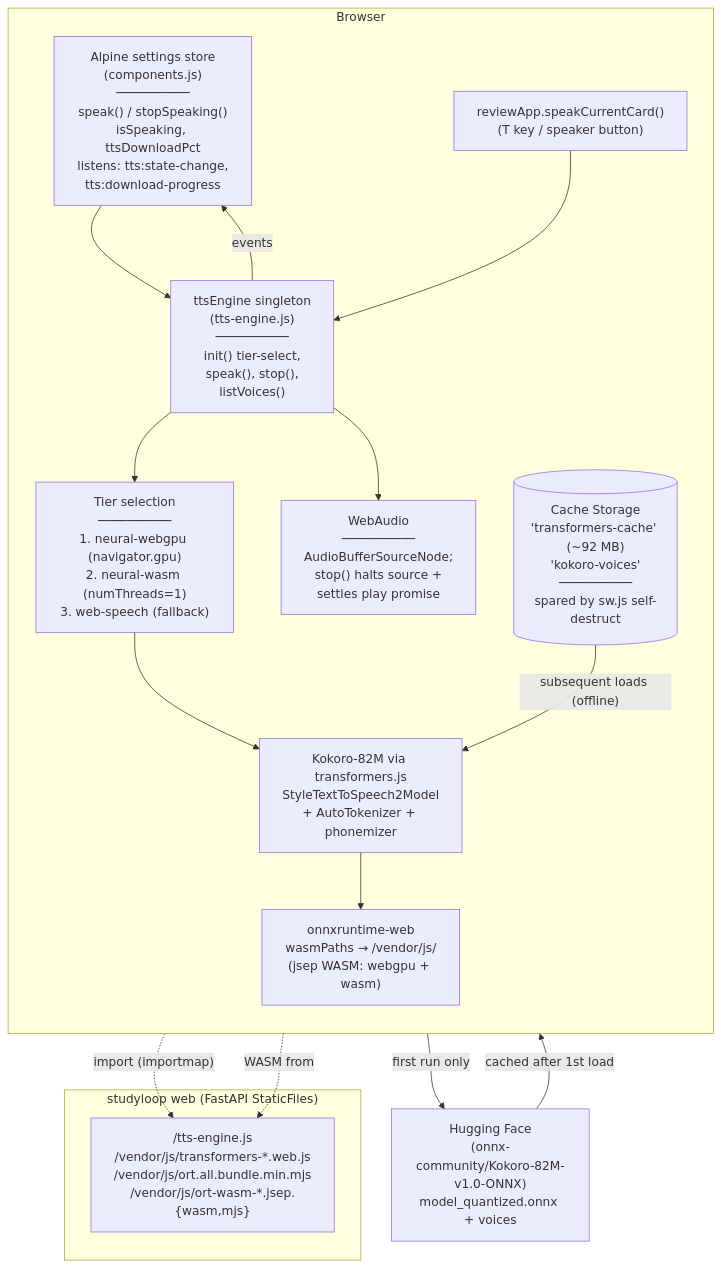
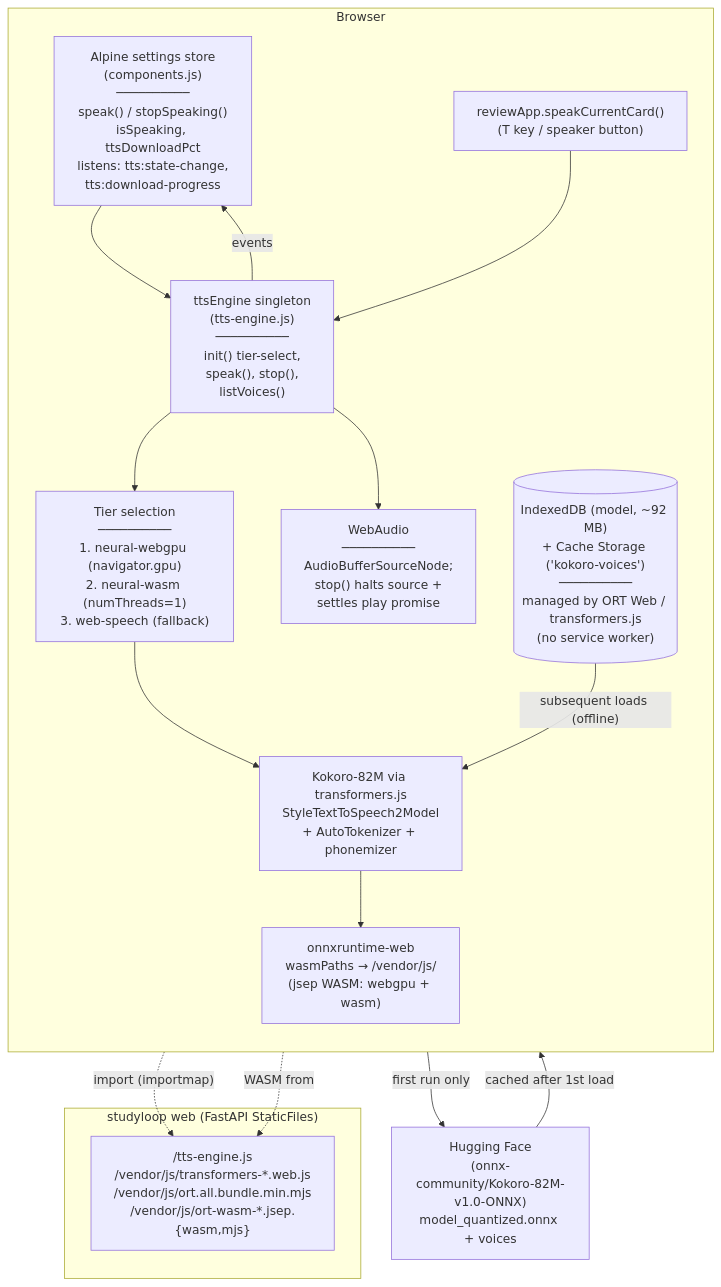
One commit to NetDevAutomate/StudyLoop changed diagram 11 of 13 in docs/architecture/current.md. Above: the diagram before and after it, drawn with Mermaid. The commit also changed other lines of this file and 5 other files, not shown here.

First line of the commit message:
chore(web): remove dead PWA service worker (sw.js)

````diff
--- a/docs/architecture/current.md
+++ b/docs/architecture/current.md
@@ -699,33 +699,33 @@
 ```mermaid
 flowchart TB
     subgraph Browser["Browser"]
       direction TB
       Settings["Alpine settings store<br/>(components.js)<br/>──────────<br/>speak() / stopSpeaking()<br/>isSpeaking, ttsDownloadPct<br/>listens: tts:state-change,<br/>tts:download-progress"]
       Review["reviewApp.speakCurrentCard()<br/>(T key / speaker button)"]
       Engine["ttsEngine singleton<br/>(tts-engine.js)<br/>──────────<br/>init() tier-select,<br/>speak(), stop(),<br/>listVoices()"]
       Tiers["Tier selection<br/>──────────<br/>1. neural-webgpu (navigator.gpu)<br/>2. neural-wasm (numThreads=1)<br/>3. web-speech (fallback)"]
       Kokoro["Kokoro-82M via transformers.js<br/>StyleTextToSpeech2Model<br/>+ AutoTokenizer + phonemizer"]
       ORT["onnxruntime-web<br/>wasmPaths → /vendor/js/<br/>(jsep WASM: webgpu + wasm)"]
       Audio["WebAudio<br/>──────────<br/>AudioBufferSourceNode;<br/>stop() halts source +<br/>settles play promise"]
-      Cache[("Cache Storage<br/>'transformers-cache' (~92 MB)<br/>'kokoro-voices'<br/>──────────<br/>spared by sw.js self-destruct")]
+      Cache[("IndexedDB (model, ~92 MB)<br/>+ Cache Storage ('kokoro-voices')<br/>──────────<br/>managed by ORT Web / transformers.js<br/>(no service worker)")]
     end
 
     subgraph Server["studyloop web (FastAPI StaticFiles)"]
       Static["/tts-engine.js<br/>/vendor/js/transformers-*.web.js<br/>/vendor/js/ort.all.bundle.min.mjs<br/>/vendor/js/ort-wasm-*.jsep.{wasm,mjs}"]
     end
 
     HF["Hugging Face<br/>(onnx-community/Kokoro-82M-v1.0-ONNX)<br/>model_quantized.onnx + voices"]
 
     Settings --> Engine
     Review --> Engine
     Engine --> Tiers
     Tiers --> Kokoro
     Kokoro --> ORT
     Engine --> Audio
     Engine -.->|"import (importmap)"| Static
     ORT -.->|"WASM from"| Static
     Kokoro -->|"first run only"| HF
     HF -->|"cached after 1st load"| Cache
     Cache -->|"subsequent loads (offline)"| Kokoro
     Engine -->|"events"| Settings
 ```
````
